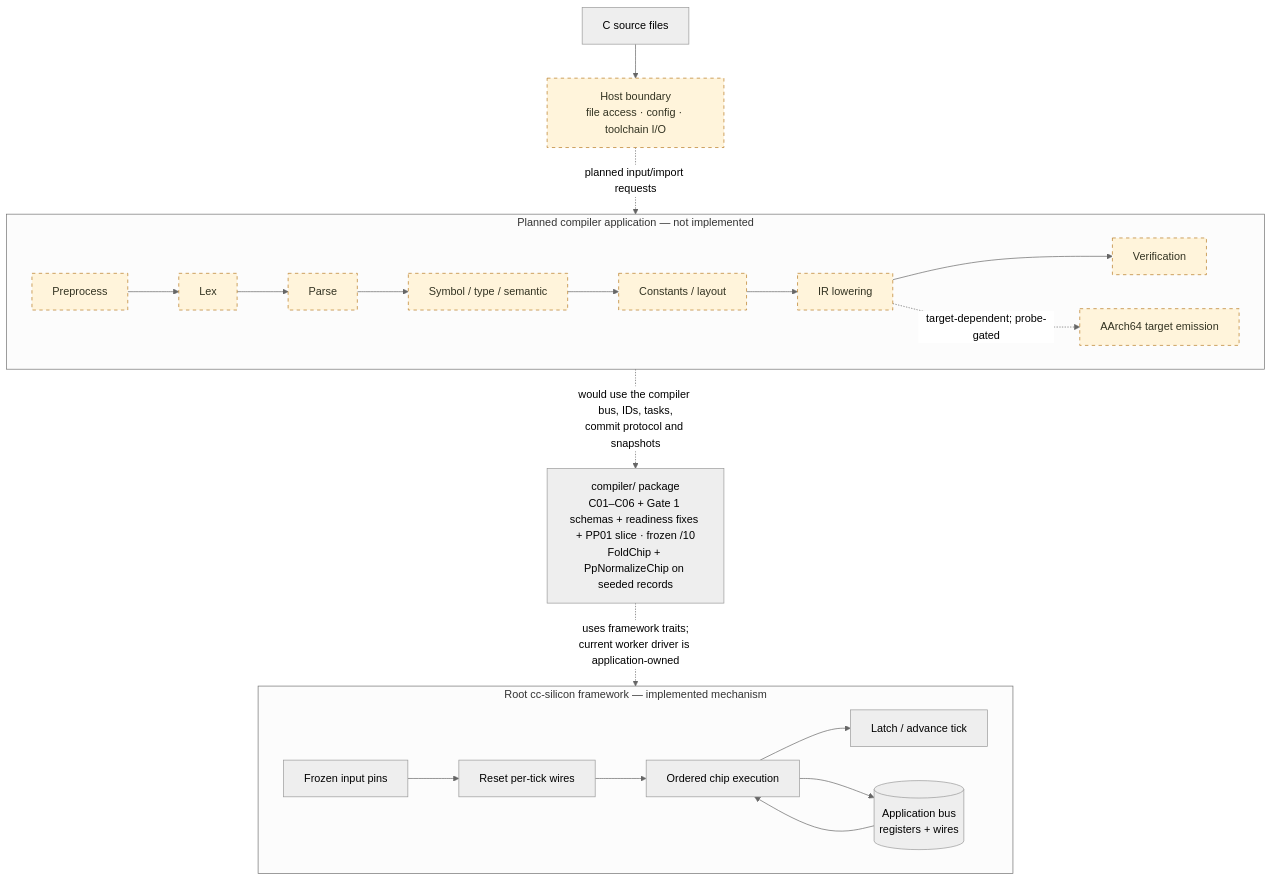
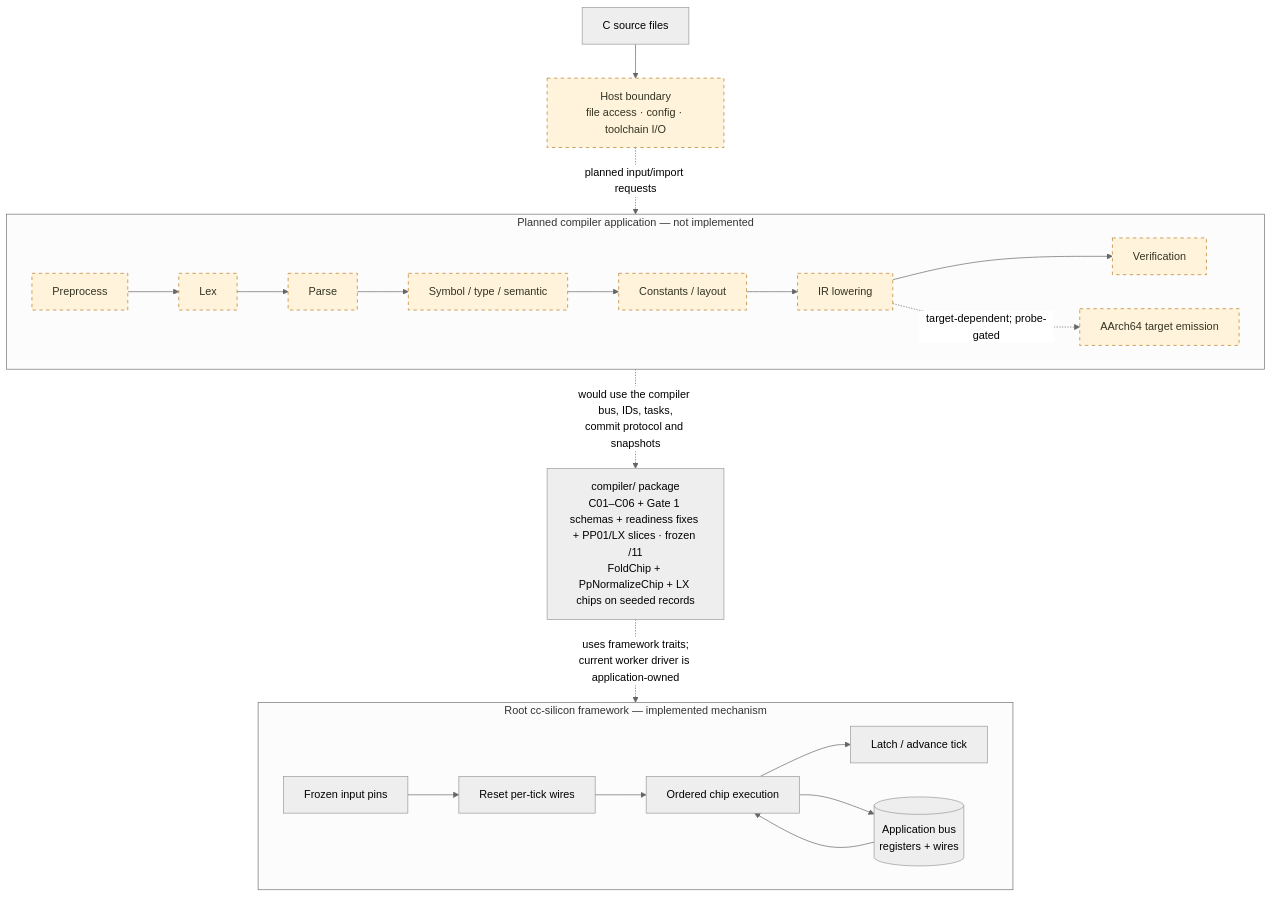
The first of 2 diagrams in README.md (immane/cc-silicon), drawn with Mermaid (neutral theme) before and after one commit. The commit also changed other lines of this file and 23 other files, not shown here.

````diff
--- a/README.md
+++ b/README.md
@@ -130,28 +130,28 @@
 ```mermaid
 flowchart TB
     SRC["C source files"] --> HOST["Host boundary<br/>file access · config · toolchain I/O"]
     HOST -. "planned input/import requests" .-> PIPE
 
     subgraph PIPE["Planned compiler application — not implemented"]
         direction LR
         PP["Preprocess"] --> LEX["Lex"] --> PARSE["Parse"] --> SEM["Symbol / type / semantic"]
         SEM --> CONST["Constants / layout"] --> IR["IR lowering"] --> VERIFY["Verification"]
         IR -. "target-dependent; probe-gated" .-> TARGET["AArch64 target emission"]
     end
 
-    FOUNDATION["compiler/ package<br/>C01–C06 + Gate 1 schemas + readiness fixes + PP01 slice · frozen /10<br/>FoldChip + PpNormalizeChip on seeded records"]
+    FOUNDATION["compiler/ package<br/>C01–C06 + Gate 1 schemas + readiness fixes + PP01/LX slices · frozen /11<br/>FoldChip + PpNormalizeChip + LX chips on seeded records"]
     PIPE -. "would use the compiler bus, IDs, tasks,<br/>commit protocol and snapshots" .-> FOUNDATION
 
     subgraph RUNTIME["Root cc-silicon framework — implemented mechanism"]
         direction LR
         PINS["Frozen input pins"] --> RESET["Reset per-tick wires"] --> CHIPS["Ordered chip execution"]
         CHIPS --> LATCH["Latch / advance tick"]
         BUS[("Application bus<br/>registers + wires")]
         BUS --> CHIPS
         CHIPS --> BUS
     end
     FOUNDATION -. "uses framework traits;<br/>current worker driver is application-owned" .-> RUNTIME
 
     classDef planned fill:#fff4db,stroke:#b7791f,stroke-dasharray:5 5,color:#332;
     class PP,LEX,PARSE,SEM,CONST,IR,VERIFY,TARGET,HOST planned;
 ```
````
